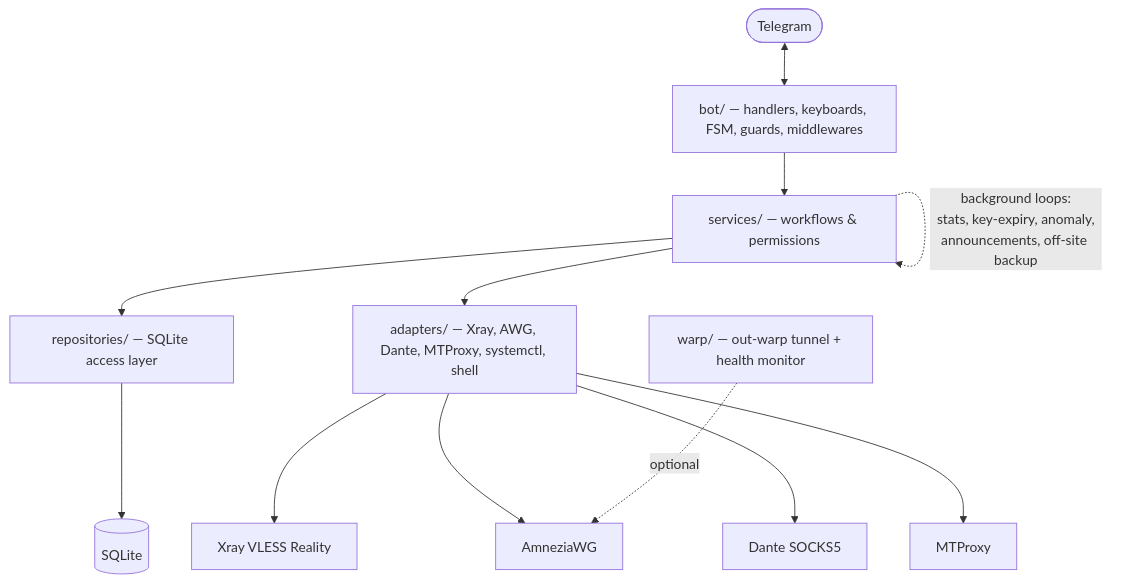
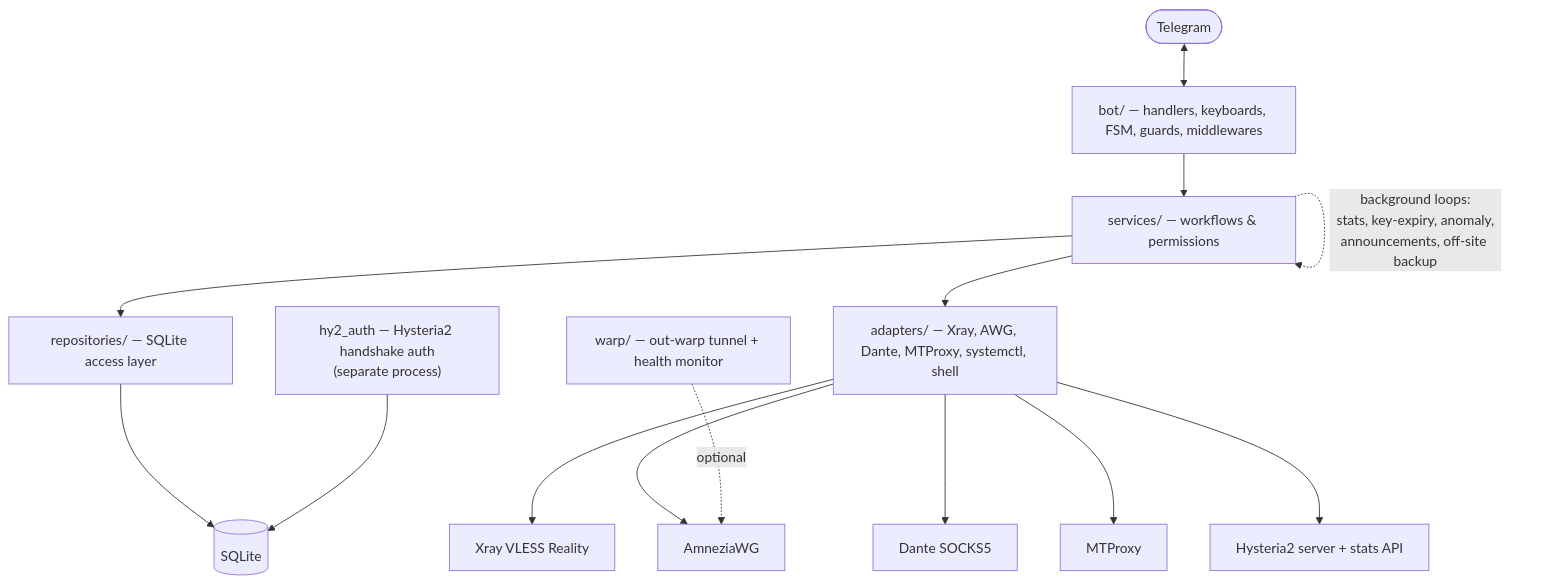
Before and after one commit to Egor051/vpnbot: the diagram in README.md, drawn with Mermaid. The commit also changed other lines of this file and 6 other files, not shown here.

````diff
--- a/README.md
+++ b/README.md
@@ -84,14 +84,16 @@
 ```mermaid
 flowchart TD
     TG([Telegram]) <--> BOT["bot/ — handlers, keyboards, FSM, guards, middlewares"]
     BOT --> SVC["services/ — workflows & permissions"]
     SVC --> REPO["repositories/ — SQLite access layer"]
     SVC --> ADP["adapters/ — Xray, AWG, Dante, MTProxy, systemctl, shell"]
     REPO --> DB[(SQLite)]
     ADP --> XRAY[Xray VLESS Reality]
     ADP --> AWG[AmneziaWG]
     ADP --> DANTE[Dante SOCKS5]
     ADP --> MT[MTProxy]
+    ADP --> HY2[Hysteria2 server + stats API]
     WARP["warp/ — out-warp tunnel + health monitor"] -. optional .-> AWG
+    HY2AUTH["hy2_auth — Hysteria2 handshake auth<br/>(separate process)"] --> DB
     SVC -. background loops:<br/>stats, key-expiry, anomaly,<br/>announcements, off-site backup .-> SVC
 ```
````
